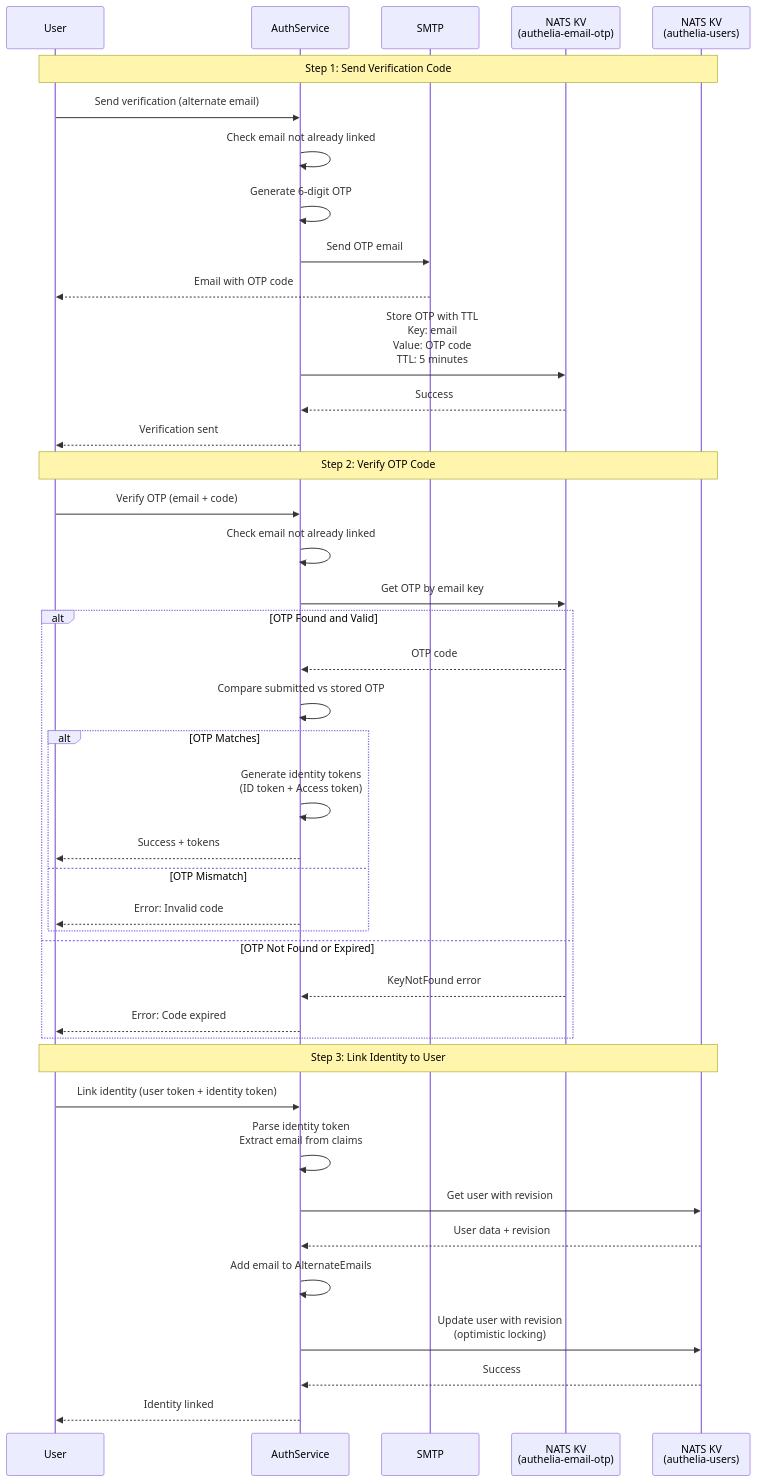
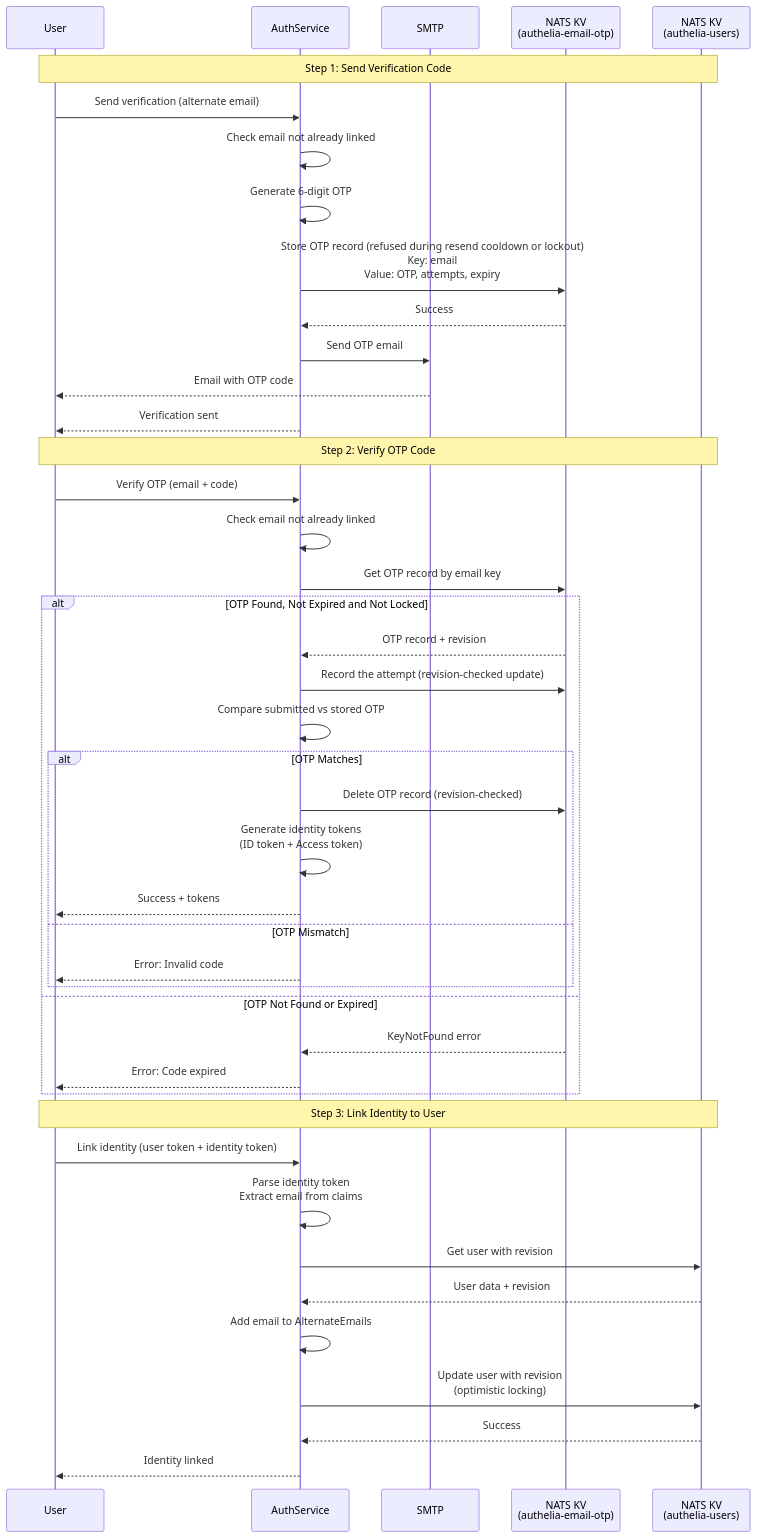
The second of 2 diagrams in internal/infrastructure/authelia/README.md (linuxfoundation/lfx-v2-auth-service), drawn with Mermaid before and after one commit. The commit also changed other lines of this file and 5 other files, not shown here.

````diff
--- a/internal/infrastructure/authelia/README.md
+++ b/internal/infrastructure/authelia/README.md
@@ -198,51 +200,52 @@
 ```mermaid
 sequenceDiagram
     participant User
     participant AuthService
     participant SMTP
     participant NATSKV as NATS KV<br/>(authelia-email-otp)
     participant Storage as NATS KV<br/>(authelia-users)
 
     Note over User,Storage: Step 1: Send Verification Code
     
     User->>AuthService: Send verification (alternate email)
     AuthService->>AuthService: Check email not already linked
     AuthService->>AuthService: Generate 6-digit OTP
+    AuthService->>NATSKV: Store OTP record (refused during resend cooldown or lockout)<br/>Key: email<br/>Value: OTP, attempts, expiry
+    NATSKV-->>AuthService: Success
     AuthService->>SMTP: Send OTP email
     SMTP-->>User: Email with OTP code
-    
-    AuthService->>NATSKV: Store OTP with TTL<br/>Key: email<br/>Value: OTP code<br/>TTL: 5 minutes
-    NATSKV-->>AuthService: Success
     AuthService-->>User: Verification sent
 
     Note over User,Storage: Step 2: Verify OTP Code
     
     User->>AuthService: Verify OTP (email + code)
     AuthService->>AuthService: Check email not already linked
-    AuthService->>NATSKV: Get OTP by email key
+    AuthService->>NATSKV: Get OTP record by email key
     
-    alt OTP Found and Valid
-        NATSKV-->>AuthService: OTP code
+    alt OTP Found, Not Expired and Not Locked
+        NATSKV-->>AuthService: OTP record + revision
+        AuthService->>NATSKV: Record the attempt (revision-checked update)
         AuthService->>AuthService: Compare submitted vs stored OTP
         alt OTP Matches
+            AuthService->>NATSKV: Delete OTP record (revision-checked)
             AuthService->>AuthService: Generate identity tokens<br/>(ID token + Access token)
             AuthService-->>User: Success + tokens
         else OTP Mismatch
             AuthService-->>User: Error: Invalid code
         end
     else OTP Not Found or Expired
         NATSKV-->>AuthService: KeyNotFound error
         AuthService-->>User: Error: Code expired
     end
 
     Note over User,Storage: Step 3: Link Identity to User
     
     User->>AuthService: Link identity (user token + identity token)
     AuthService->>AuthService: Parse identity token<br/>Extract email from claims
     AuthService->>Storage: Get user with revision
     Storage-->>AuthService: User data + revision
     AuthService->>AuthService: Add email to AlternateEmails
     AuthService->>Storage: Update user with revision<br/>(optimistic locking)
     Storage-->>AuthService: Success
     AuthService-->>User: Identity linked
 ```
````
